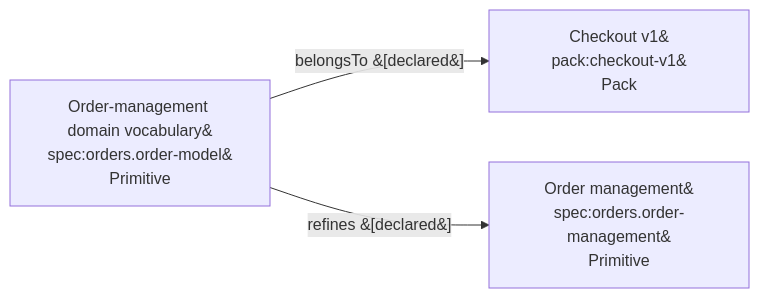
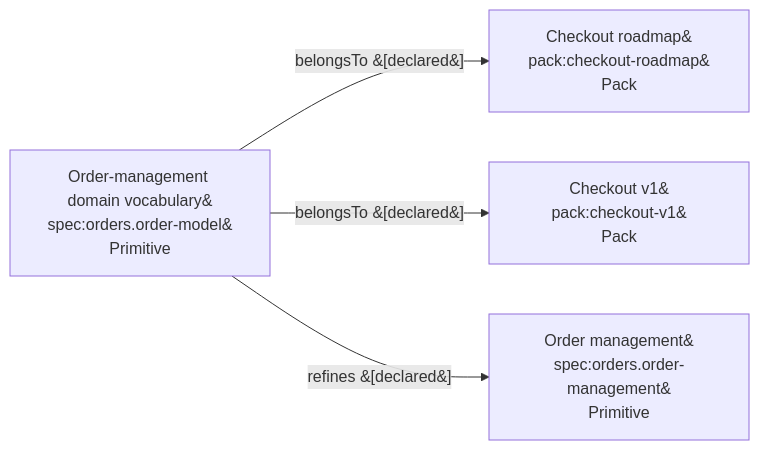
The diagram in test/fixtures/checkout-v1/expected-mermaid/spec/orders.order-model.md (libar-dev/software-delivery-protocol), drawn with Mermaid before and after one commit. The commit also changed 10 other files, not shown here.

First line of the commit message:
test: account for the adopter roadmap in checkout projections

````diff
--- a/test/fixtures/checkout-v1/expected-mermaid/spec/orders.order-model.md
+++ b/test/fixtures/checkout-v1/expected-mermaid/spec/orders.order-model.md
@@ -3,8 +3,10 @@
 ```mermaid
 flowchart LR
+  n_007000610063006b003a0063006800650063006b006f00750074002d0072006f00610064006d00610070["Checkout roadmap&#10;pack:checkout-roadmap&#10;Pack"]
   n_007000610063006b003a0063006800650063006b006f00750074002d00760031["Checkout v1&#10;pack:checkout-v1&#10;Pack"]
   n_0073007000650063003a006f00720064006500720073002e006f0072006400650072002d006d0061006e006100670065006d0065006e0074["Order management&#10;spec:orders.order-management&#10;Primitive"]
   n_0073007000650063003a006f00720064006500720073002e006f0072006400650072002d006d006f00640065006c["Order-management domain vocabulary&#10;spec:orders.order-model&#10;Primitive"]
+  n_0073007000650063003a006f00720064006500720073002e006f0072006400650072002d006d006f00640065006c -->|"belongsTo &#91;declared&#93;"| n_007000610063006b003a0063006800650063006b006f00750074002d0072006f00610064006d00610070
   n_0073007000650063003a006f00720064006500720073002e006f0072006400650072002d006d006f00640065006c -->|"belongsTo &#91;declared&#93;"| n_007000610063006b003a0063006800650063006b006f00750074002d00760031
   n_0073007000650063003a006f00720064006500720073002e006f0072006400650072002d006d006f00640065006c -->|"refines &#91;declared&#93;"| n_0073007000650063003a006f00720064006500720073002e006f0072006400650072002d006d0061006e006100670065006d0065006e0074
 ```
````
